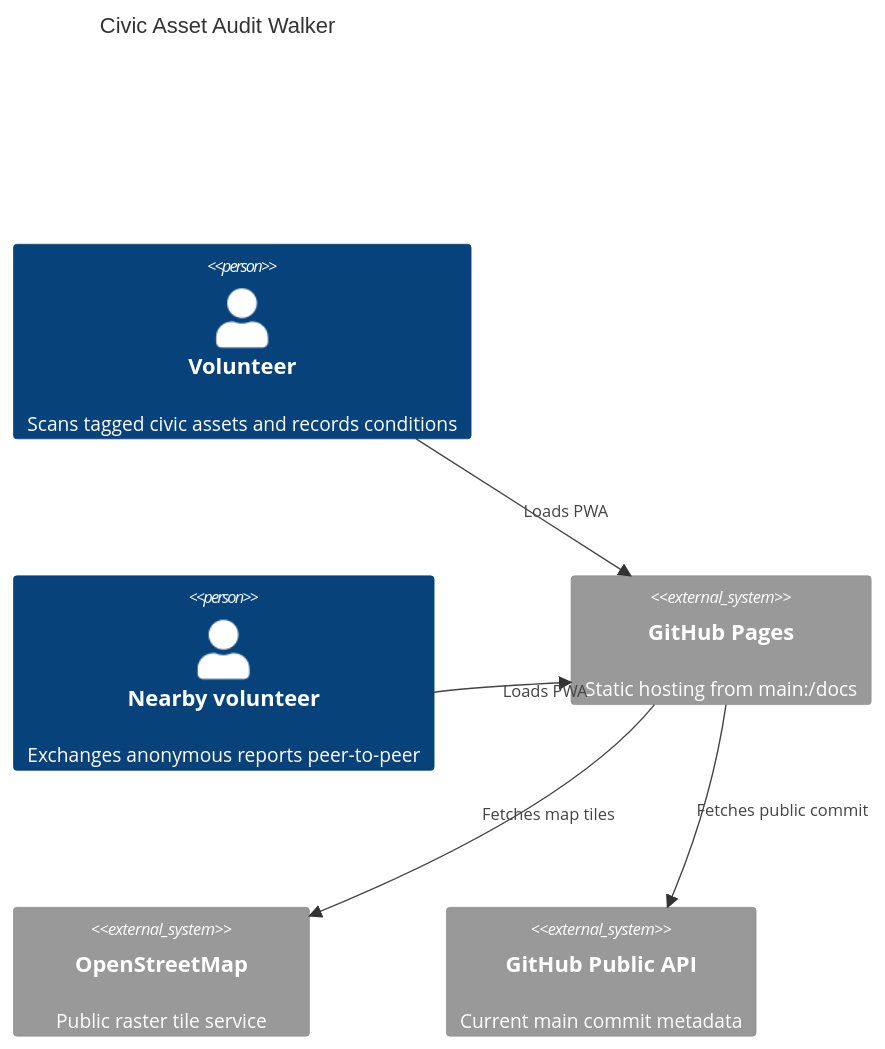
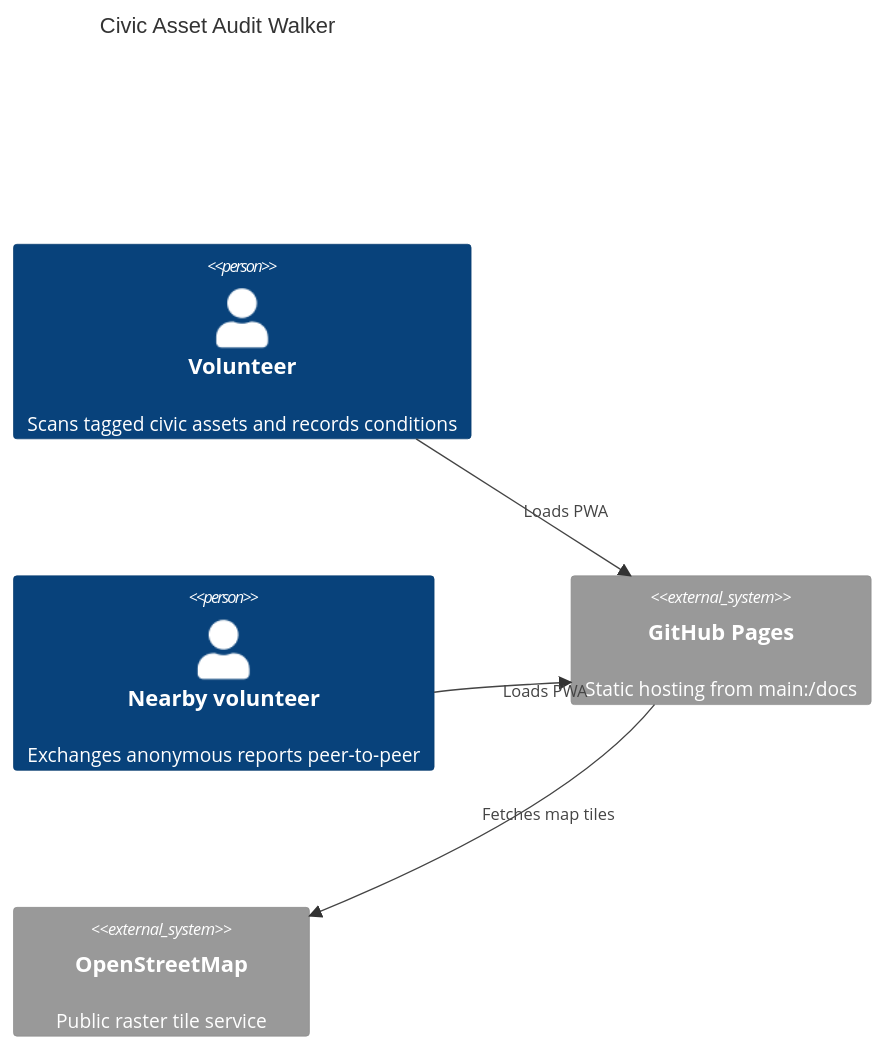
The first of 2 diagrams in docs/architecture.md (baditaflorin/civic-asset-audit-walker), drawn with Mermaid before and after one commit. The commit also changed other lines of this file and 13 other files, not shown here.

````diff
--- a/docs/architecture.md
+++ b/docs/architecture.md
@@ -5,13 +5,11 @@
 ```mermaid
 C4Context
   title Civic Asset Audit Walker
   Person(volunteer, "Volunteer", "Scans tagged civic assets and records conditions")
   Person(peer, "Nearby volunteer", "Exchanges anonymous reports peer-to-peer")
   System_Ext(githubPages, "GitHub Pages", "Static hosting from main:/docs")
   System_Ext(osm, "OpenStreetMap", "Public raster tile service")
-  System_Ext(githubApi, "GitHub Public API", "Current main commit metadata")
   Rel(volunteer, githubPages, "Loads PWA")
   Rel(peer, githubPages, "Loads PWA")
   Rel(githubPages, osm, "Fetches map tiles")
-  Rel(githubPages, githubApi, "Fetches public commit")
 ```
````
